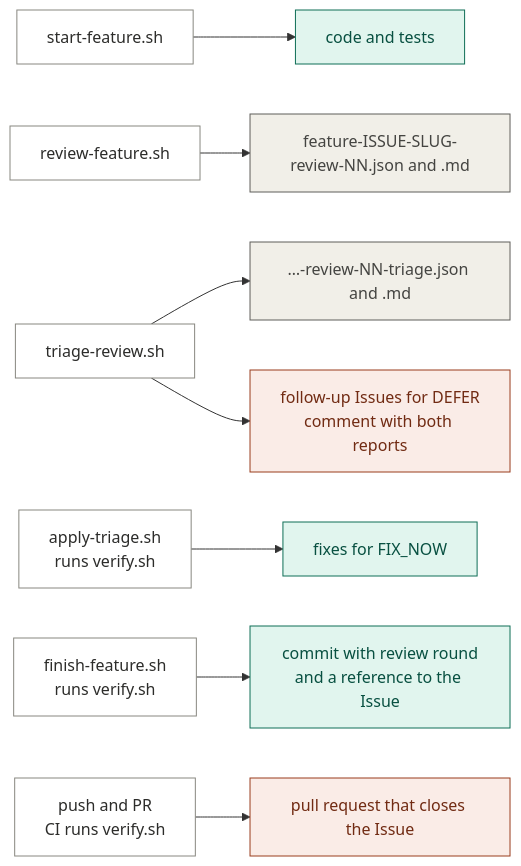
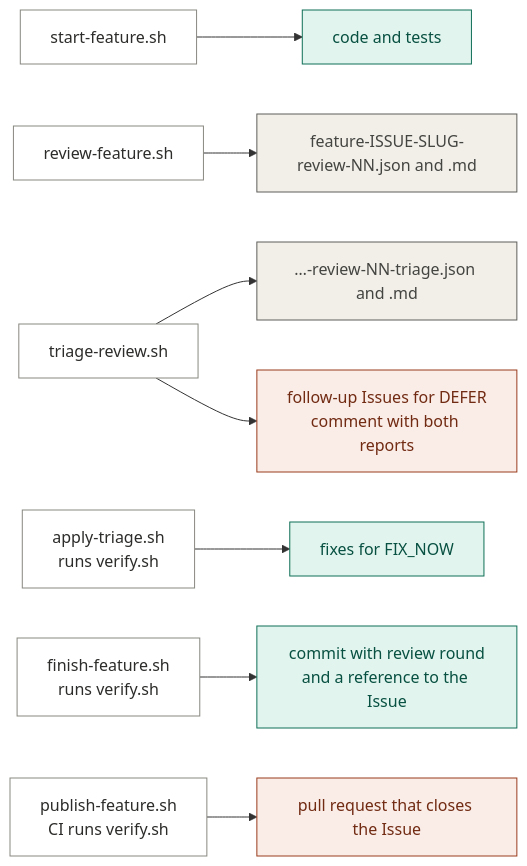
One commit to taspinar/physics-by-construction changed the fifth of 5 diagrams in docs/workflow.md. Above: the diagram before and after it, drawn with Mermaid. The commit also changed other lines of this file and 24 other files, not shown here.

First line of the commit message:
Sync workflow scripts with the template: publish-feature and worktree setup

````diff
--- a/docs/workflow.md
+++ b/docs/workflow.md
@@ -145,19 +151,19 @@
 ```mermaid
 flowchart LR
   sf["start-feature.sh"] --> code["code and tests"]
   rf["review-feature.sh"] --> rev["feature-ISSUE-SLUG-review-NN.json and .md"]
   tr["triage-review.sh"] --> tri["…-review-NN-triage.json and .md"]
   tr --> gh["follow-up Issues for DEFER<br/>comment with both reports"]
   at["apply-triage.sh<br/>runs verify.sh"] --> fixes["fixes for FIX_NOW"]
   ff["finish-feature.sh<br/>runs verify.sh"] --> commit["commit with review round<br/>and a reference to the Issue"]
-  pr["push and PR<br/>CI runs verify.sh"] --> prgh["pull request that closes the Issue"]
+  pr["publish-feature.sh<br/>CI runs verify.sh"] --> prgh["pull request that closes the Issue"]
 
   classDef repo fill:#E1F5EE,stroke:#0F6E56,color:#085041
   classDef local fill:#F1EFE8,stroke:#5F5E5A,color:#444441
   classDef github fill:#FAECE7,stroke:#993C1D,color:#712B13
   class code,fixes,commit repo
   class rev,tri local
   class gh,prgh github
   classDef step fill:#FFFFFF,stroke:#888780,color:#2C2C2A
   class sf,rf,tr,at,ff,pr step
 ```
````
